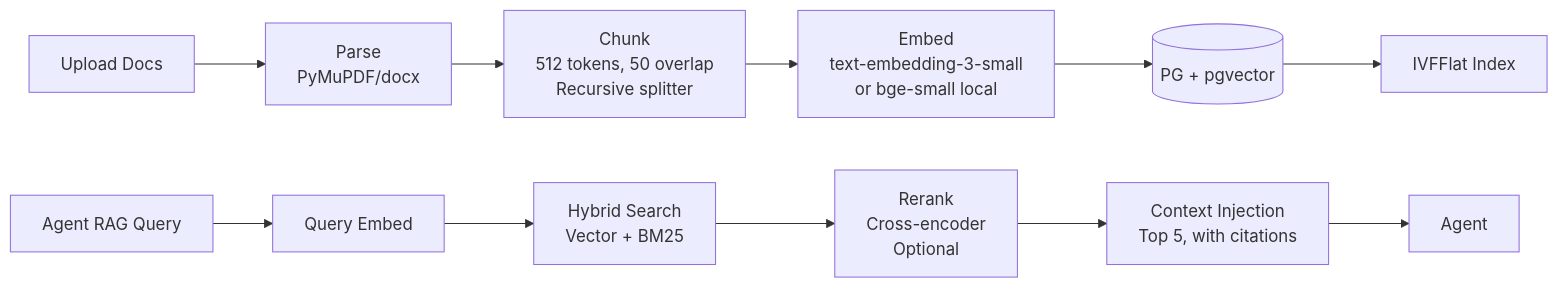
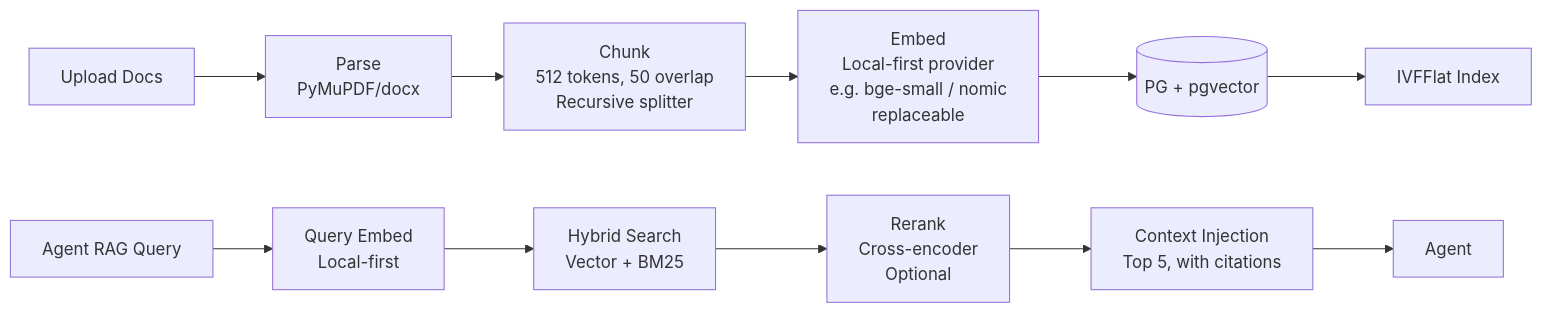
Before and after one commit to revzzricky-arch/nexus-os: the sixth of 17 diagrams in docs/architecture.md, drawn with Mermaid. The commit also changed other lines of this file and 12 other files, not shown here.

````diff
--- a/docs/architecture.md
+++ b/docs/architecture.md
@@ -662,14 +703,14 @@
 ```mermaid
 graph LR
     Upload[Upload Docs] --> Parse[Parse<br/>PyMuPDF/docx]
     Parse --> Chunk[Chunk<br/>512 tokens, 50 overlap<br/>Recursive splitter]
-    Chunk --> Embed[Embed<br/>text-embedding-3-small<br/>or bge-small local]
+    Chunk --> Embed[Embed<br/>Local-first provider<br/>e.g. bge-small / nomic<br/>replaceable]
     Embed --> Store[(PG + pgvector)]
     Store --> Index[IVFFlat Index]
 
-    Query[Agent RAG Query] --> QEmbed[Query Embed]
+    Query[Agent RAG Query] --> QEmbed[Query Embed<br/>Local-first]
     QEmbed --> Search[Hybrid Search<br/>Vector + BM25]
     Search --> Rerank[Rerank<br/>Cross-encoder<br/>Optional]
     Rerank --> Context[Context Injection<br/>Top 5, with citations]
     Context --> Agent
 ```
````
